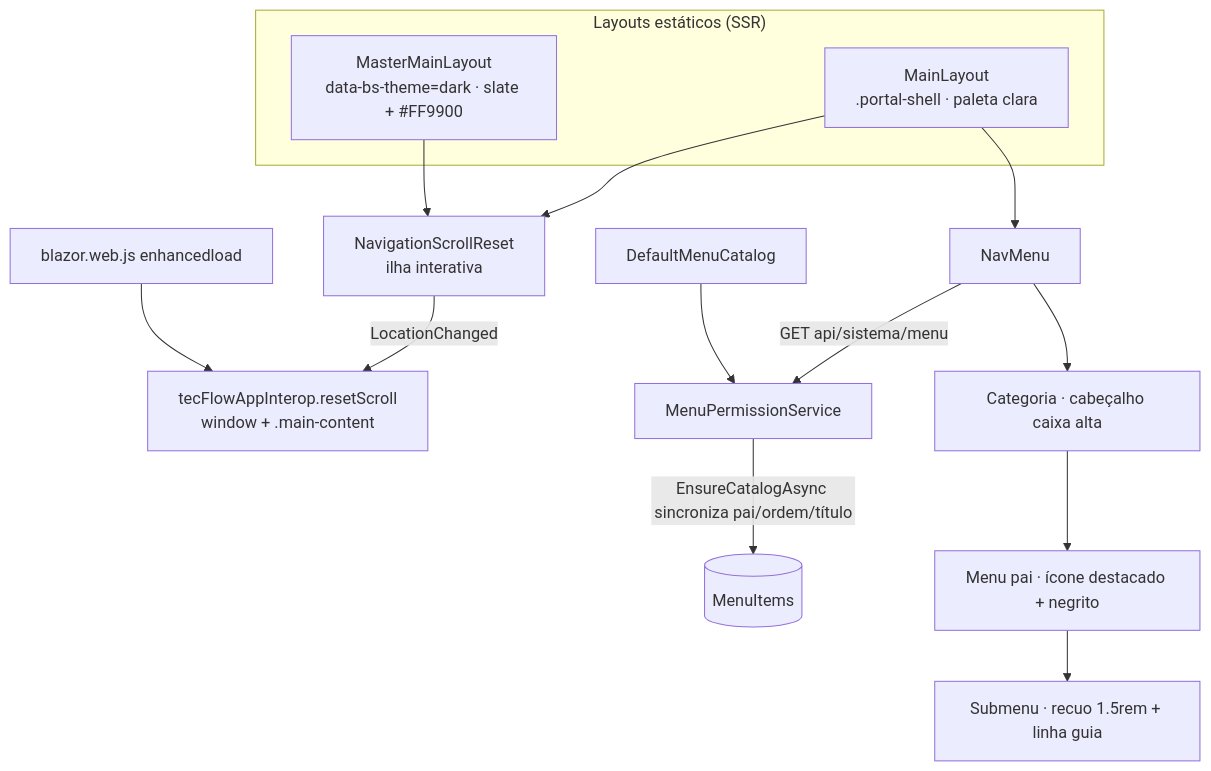
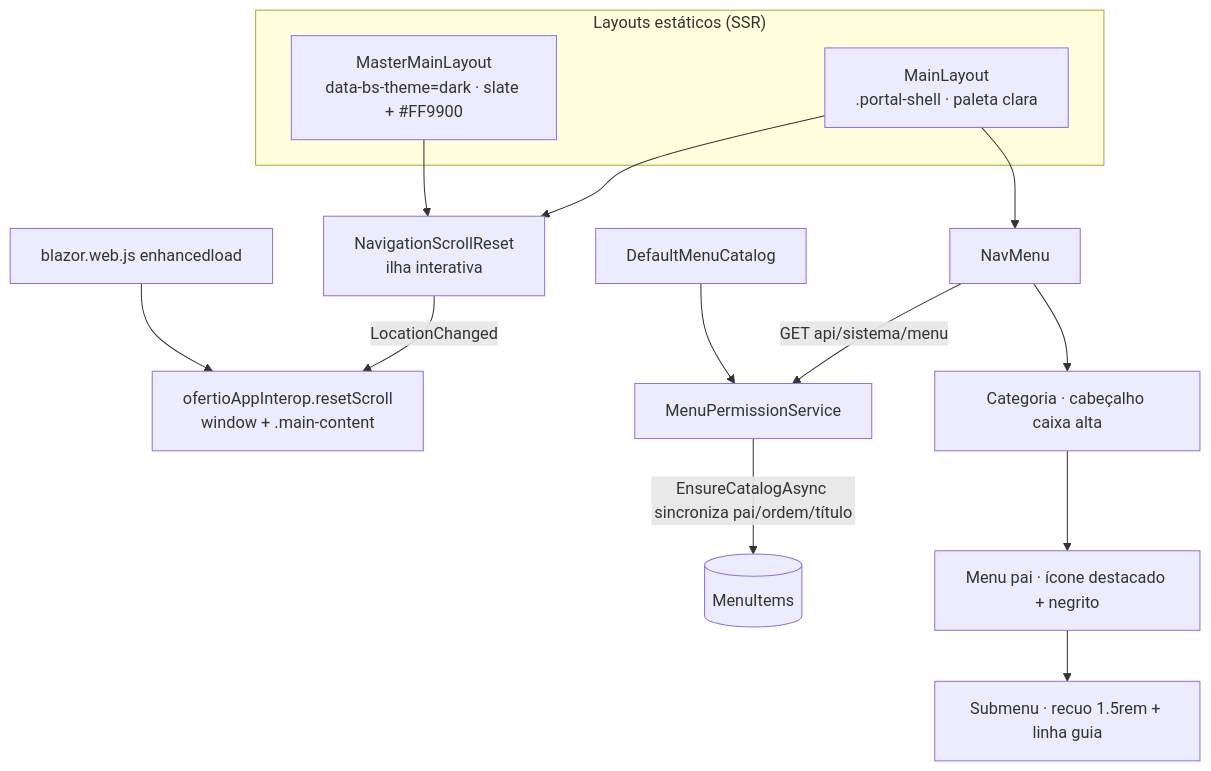
One commit to ronyaraujodeveloper/TecFlow changed diagram 20 of 29 in docs/DIAGRAMAS_ARQUITETURA.md. Above: the diagram before and after it, drawn with Mermaid. The commit also changed other lines of this file and 2495 other files, not shown here.

First line of the commit message:
refactor!: migra marca TecFlow para Ofertio

````diff
--- a/docs/DIAGRAMAS_ARQUITETURA.md
+++ b/docs/DIAGRAMAS_ARQUITETURA.md
@@ -1510,18 +1513,18 @@
 ```mermaid
 flowchart TB
   subgraph Layouts["Layouts estáticos (SSR)"]
     CL[MainLayout<br/>.portal-shell · paleta clara]
     MML[MasterMainLayout<br/>data-bs-theme=dark · slate + #FF9900]
   end
   CL --> NSR[NavigationScrollReset<br/>ilha interativa]
   MML --> NSR
-  NSR -->|LocationChanged| JS[tecFlowAppInterop.resetScroll<br/>window + .main-content]
+  NSR -->|LocationChanged| JS[ofertioAppInterop.resetScroll<br/>window + .main-content]
   BW[blazor.web.js enhancedload] --> JS
   CL --> NAV[NavMenu]
   NAV -->|GET api/sistema/menu| MPS[MenuPermissionService]
   MPS -->|EnsureCatalogAsync sincroniza pai/ordem/título| MI[(MenuItems)]
   CAT[DefaultMenuCatalog] --> MPS
   NAV --> R1[Categoria · cabeçalho caixa alta]
   R1 --> R2[Menu pai · ícone destacado + negrito]
   R2 --> R3[Submenu · recuo 1.5rem + linha guia]
 ```
````
